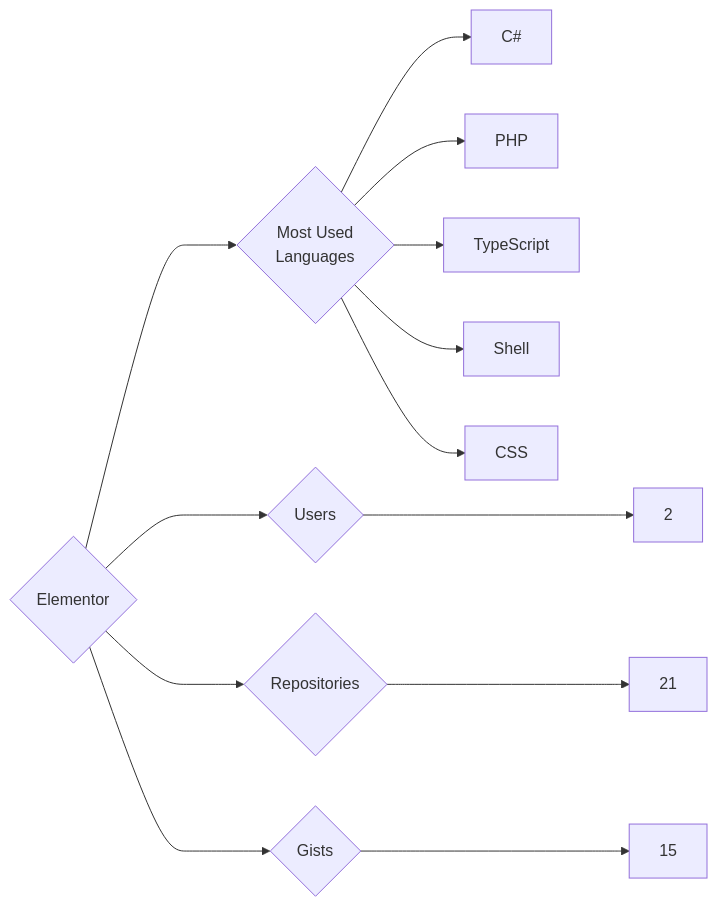
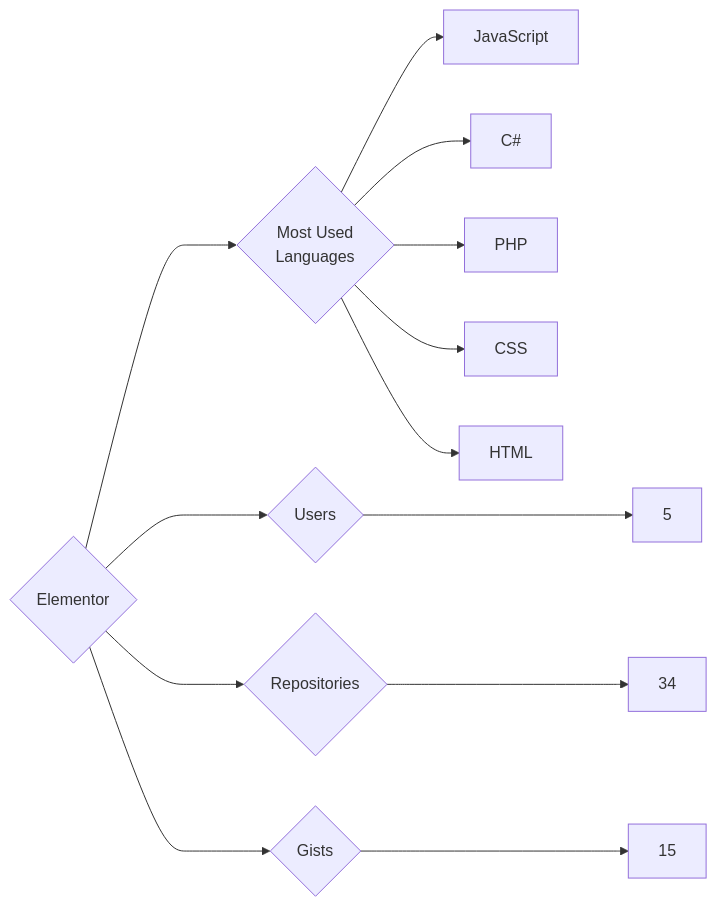
One commit to trickest/insiders changed the diagram in targets/Elementor/README.md. Above: the diagram before and after it, drawn with Mermaid. The commit also changed 718 other files, not shown here.

````diff
--- a/targets/Elementor/README.md
+++ b/targets/Elementor/README.md
@@ -3,13 +3,13 @@
 ```mermaid
 graph LR
 COMPANY_NAME{Elementor}
-COMPANY_NAME ---> U{Users} ---> UN[2]
-COMPANY_NAME ---> R{Repositories} ---> RN[21]
+COMPANY_NAME ---> U{Users} ---> UN[5]
+COMPANY_NAME ---> R{Repositories} ---> RN[34]
 COMPANY_NAME ---> G{Gists} ---> GN[15]
 COMPANY_NAME ---> ML{Most Used<br>Languages}
+ML --> JavaScript[JavaScript]
 ML --> C#[C#]
 ML --> PHP[PHP]
-ML --> TypeScript[TypeScript]
-ML --> Shell[Shell]
 ML --> CSS[CSS]
+ML --> HTML[HTML]
 ```
````
